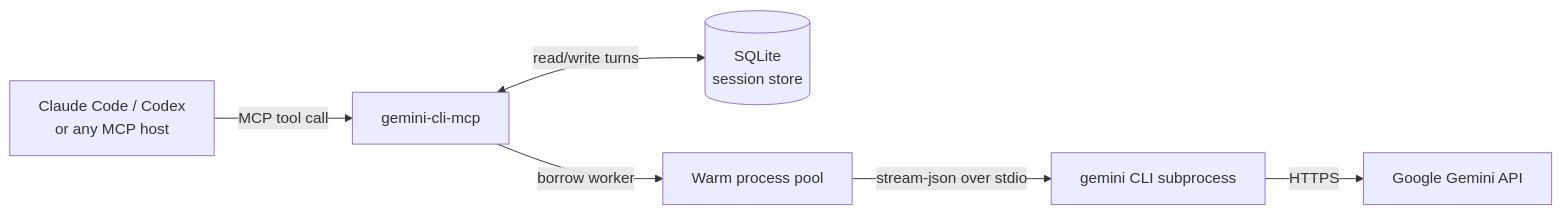
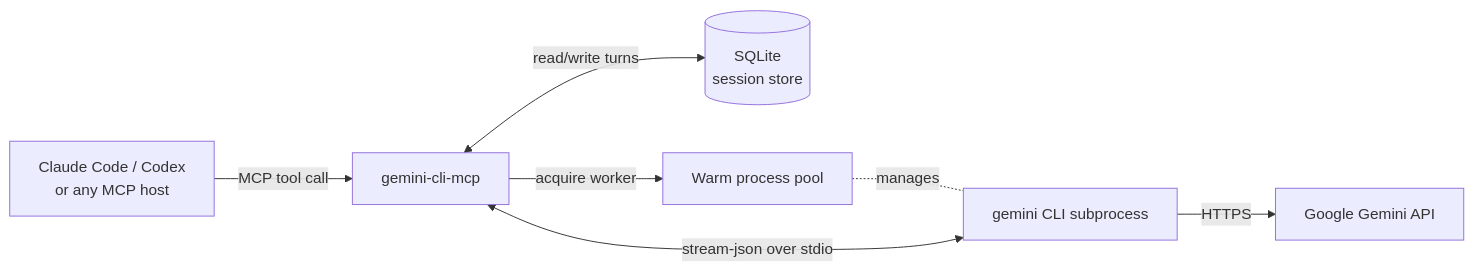
Before and after one commit to guibarscevicius/gemini-cli-mcp: the diagram in README.md, drawn with Mermaid. The commit also changed other lines of this file, not shown here.

Commit message:
docs(readme): correct latency claim, refine Mermaid edges
PR review (Gemini) caught two issues:

1. The Architecture-section claim "responses in 4–5 s instead of the
   12 s a cold spawn would take" conflated savings with cold-spawn
   total. src/warm-pool.ts:19-20 measures cold spawn at ~17 s total
   with ~12 s savings vs. the warm path. Rephrase: "instead of ~17 s
   — eliminating the ~12 s cold-start overhead."

2. The Mermaid edge "C --> |stream-json over stdio| E" misrepresented
   the data flow. The pool *manages* subprocesses; stream-json
   actually flows directly between the server (B) and the subprocess
   (E). Split into a dotted "manages" edge (C -.-|manages| E) and a
   direct stdio edge (B <-->|stream-json over stdio| E).

Mermaid validated locally with `mmdc` — renders to SVG cleanly.

````diff
--- a/README.md
+++ b/README.md
@@ -21,8 +21,9 @@
 ```mermaid
 flowchart LR
     A[Claude Code / Codex<br/>or any MCP host] -->|MCP tool call| B[gemini-cli-mcp]
     B <-->|read/write turns| D[(SQLite<br/>session store)]
-    B -->|borrow worker| C[Warm process pool]
-    C -->|stream-json over stdio| E[gemini CLI subprocess]
+    B -->|acquire worker| C[Warm process pool]
+    C -.-|manages| E[gemini CLI subprocess]
+    B <-->|stream-json over stdio| E
     E -->|HTTPS| F[Google Gemini API]
 ```
````
